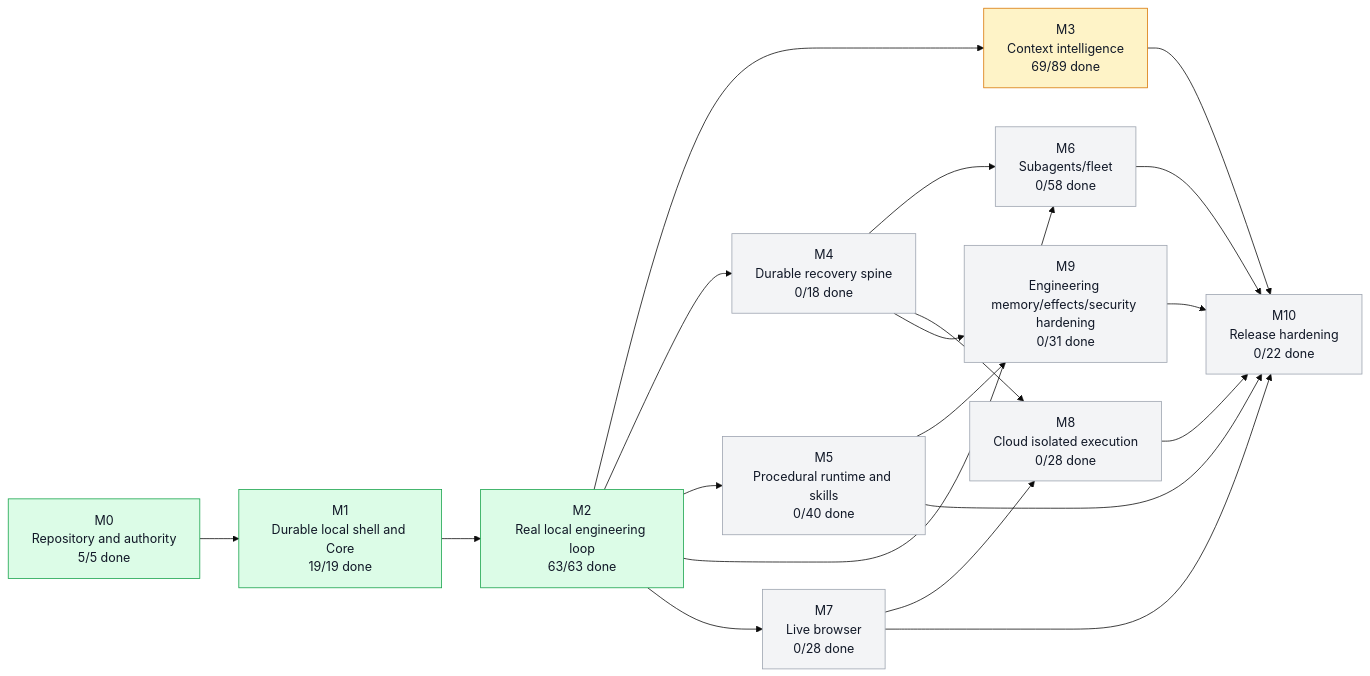
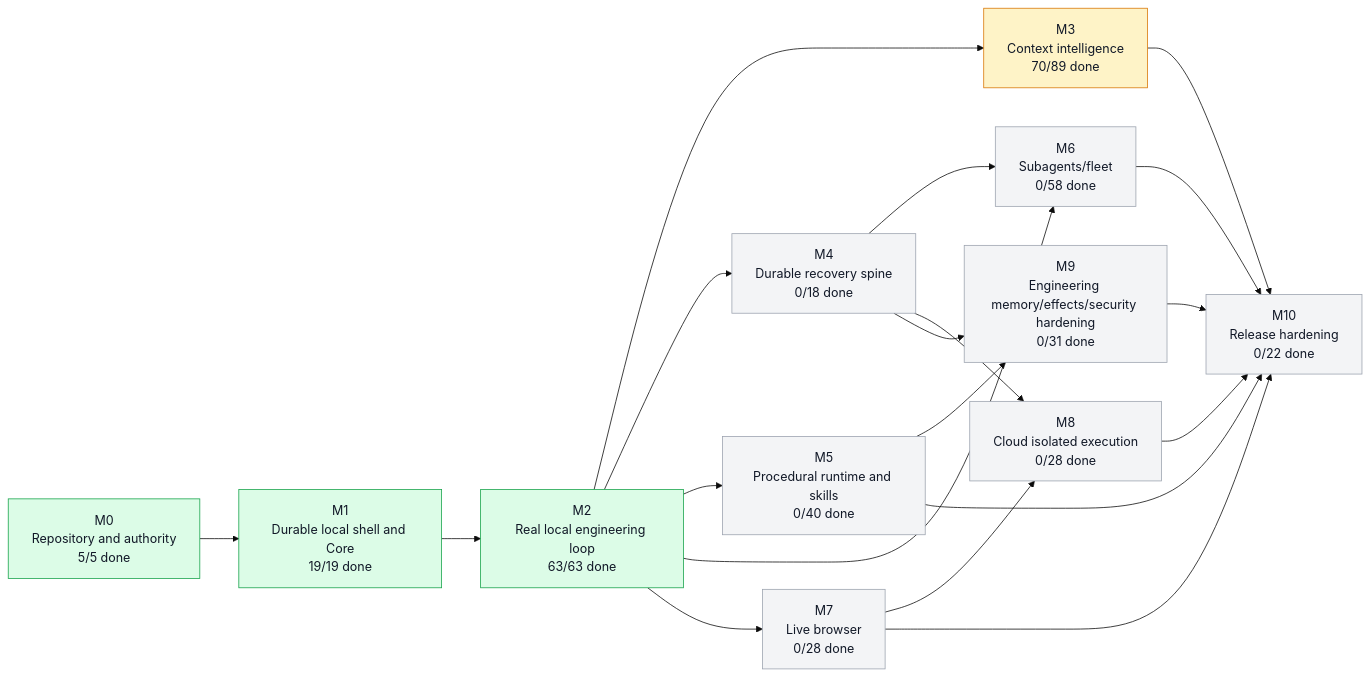
Before and after one commit to moss101/modbit: the first of 5 diagrams in graph/PROJECT_GRAPH.md, drawn with Mermaid (base theme). The commit also changed other lines of this file and 6 other files, not shown here.

````diff
--- a/graph/PROJECT_GRAPH.md
+++ b/graph/PROJECT_GRAPH.md
@@ -57,43 +57,43 @@
 ```mermaid
 flowchart LR
   M0["M0<br/>Repository and authority<br/>5/5 done"]
   M1["M1<br/>Durable local shell and Core<br/>19/19 done"]
   M2["M2<br/>Real local engineering loop<br/>63/63 done"]
-  M3["M3<br/>Context intelligence<br/>69/89 done"]
+  M3["M3<br/>Context intelligence<br/>70/89 done"]
   M4["M4<br/>Durable recovery spine<br/>0/18 done"]
   M5["M5<br/>Procedural runtime and skills<br/>0/40 done"]
   M6["M6<br/>Subagents/fleet<br/>0/58 done"]
   M7["M7<br/>Live browser<br/>0/28 done"]
   M8["M8<br/>Cloud isolated execution<br/>0/28 done"]
   M9["M9<br/>Engineering memory/effects/security hardening<br/>0/31 done"]
   M10["M10<br/>Release hardening<br/>0/22 done"]
   M0 --> M1
   M1 --> M2
   M2 --> M3
   M2 --> M4
   M2 --> M5
   M2 --> M6
   M4 --> M6
   M2 --> M7
   M4 --> M8
   M7 --> M8
   M4 --> M9
   M5 --> M9
   M3 --> M10
   M5 --> M10
   M6 --> M10
   M7 --> M10
   M8 --> M10
   M9 --> M10
   style M0 fill:#dcfce7,stroke:#16a34a,color:#111827
   style M1 fill:#dcfce7,stroke:#16a34a,color:#111827
   style M2 fill:#dcfce7,stroke:#16a34a,color:#111827
   style M3 fill:#fef3c7,stroke:#d97706,color:#111827
   style M4 fill:#f3f4f6,stroke:#9ca3af,color:#111827
   style M5 fill:#f3f4f6,stroke:#9ca3af,color:#111827
   style M6 fill:#f3f4f6,stroke:#9ca3af,color:#111827
   style M7 fill:#f3f4f6,stroke:#9ca3af,color:#111827
   style M8 fill:#f3f4f6,stroke:#9ca3af,color:#111827
   style M9 fill:#f3f4f6,stroke:#9ca3af,color:#111827
   style M10 fill:#f3f4f6,stroke:#9ca3af,color:#111827
 ```
````
